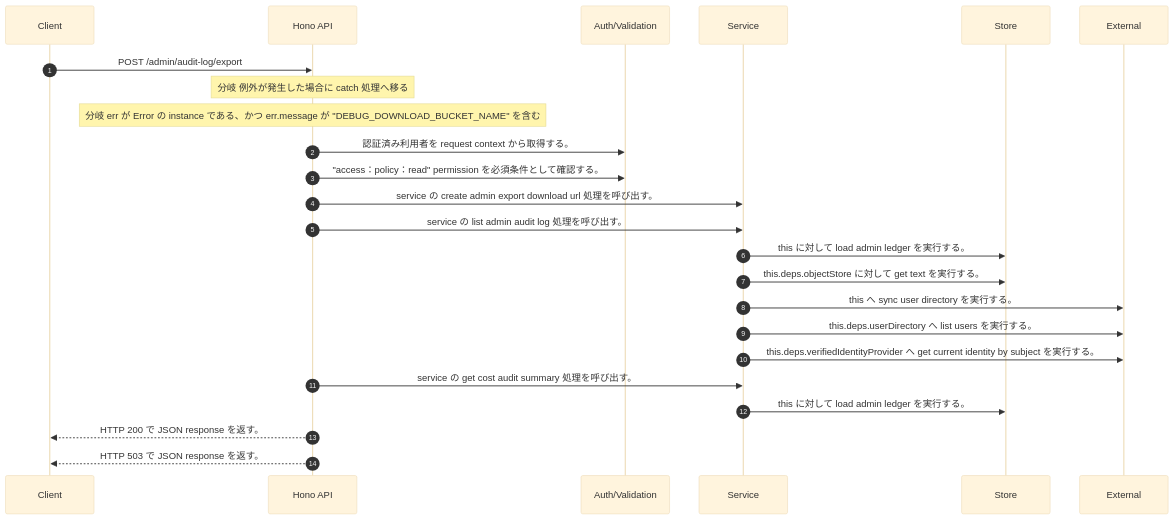
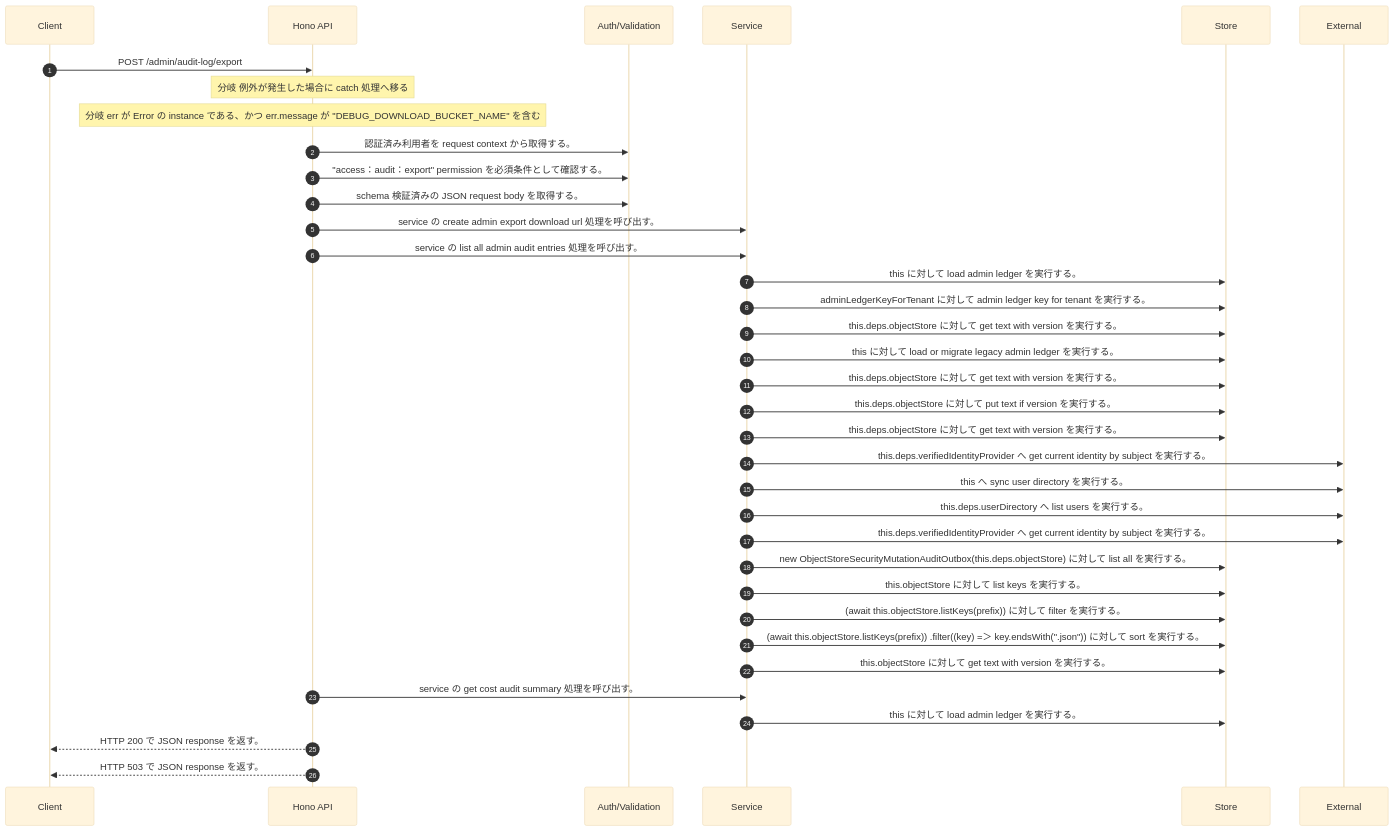
The diagram in docs/generated/api-code/post-admin-audit-log-export/sequence_gen.md (tsuji-tomonori/rag-assist), drawn with Mermaid (base theme) before and after one commit. The commit also changed other lines of this file and 407 other files, not shown here.

````diff
--- a/docs/generated/api-code/post-admin-audit-log-export/sequence_gen.md
+++ b/docs/generated/api-code/post-admin-audit-log-export/sequence_gen.md
@@ -7,26 +7,38 @@
 ```mermaid
 sequenceDiagram
   autonumber
   participant Client as Client
   participant API as Hono API
   participant Auth as Auth/Validation
   participant Service as Service
   participant Store as Store
   participant External as External
   Client->>API: POST /admin/audit-log/export
   Note over API: 分岐 例外が発生した場合に catch 処理へ移る
   Note over API: 分岐 err が Error の instance である、かつ err.message が "DEBUG_DOWNLOAD_BUCKET_NAME" を含む
   API->>Auth: 認証済み利用者を request context から取得する。
-  API->>Auth: "access：policy：read" permission を必須条件として確認する。
+  API->>Auth: "access：audit：export" permission を必須条件として確認する。
+  API->>Auth: schema 検証済みの JSON request body を取得する。
   API->>Service: service の create admin export download url 処理を呼び出す。
-  API->>Service: service の list admin audit log 処理を呼び出す。
+  API->>Service: service の list all admin audit entries 処理を呼び出す。
   Service->>Store: this に対して load admin ledger を実行する。
-  Service->>Store: this.deps.objectStore に対して get text を実行する。
+  Service->>Store: adminLedgerKeyForTenant に対して admin ledger key for tenant を実行する。
+  Service->>Store: this.deps.objectStore に対して get text with version を実行する。
+  Service->>Store: this に対して load or migrate legacy admin ledger を実行する。
+  Service->>Store: this.deps.objectStore に対して get text with version を実行する。
+  Service->>Store: this.deps.objectStore に対して put text if version を実行する。
+  Service->>Store: this.deps.objectStore に対して get text with version を実行する。
+  Service->>External: this.deps.verifiedIdentityProvider へ get current identity by subject を実行する。
   Service->>External: this へ sync user directory を実行する。
   Service->>External: this.deps.userDirectory へ list users を実行する。
   Service->>External: this.deps.verifiedIdentityProvider へ get current identity by subject を実行する。
+  Service->>Store: new ObjectStoreSecurityMutationAuditOutbox(this.deps.objectStore) に対して list all を実行する。
+  Service->>Store: this.objectStore に対して list keys を実行する。
+  Service->>Store: (await this.objectStore.listKeys(prefix))        に対して filter を実行する。
+  Service->>Store: (await this.objectStore.listKeys(prefix))       .filter((key) =＞ key.endsWith(".json"))        に対して sort を実行する。
+  Service->>Store: this.objectStore に対して get text with version を実行する。
   API->>Service: service の get cost audit summary 処理を呼び出す。
   Service->>Store: this に対して load admin ledger を実行する。
   API-->>Client: HTTP 200 で JSON response を返す。
   API-->>Client: HTTP 503 で JSON response を返す。
 ```
````
